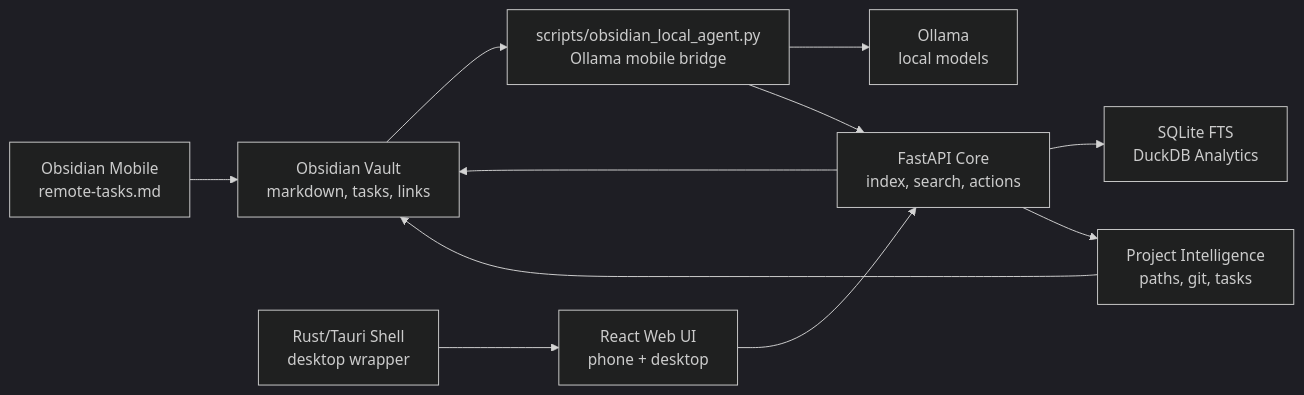
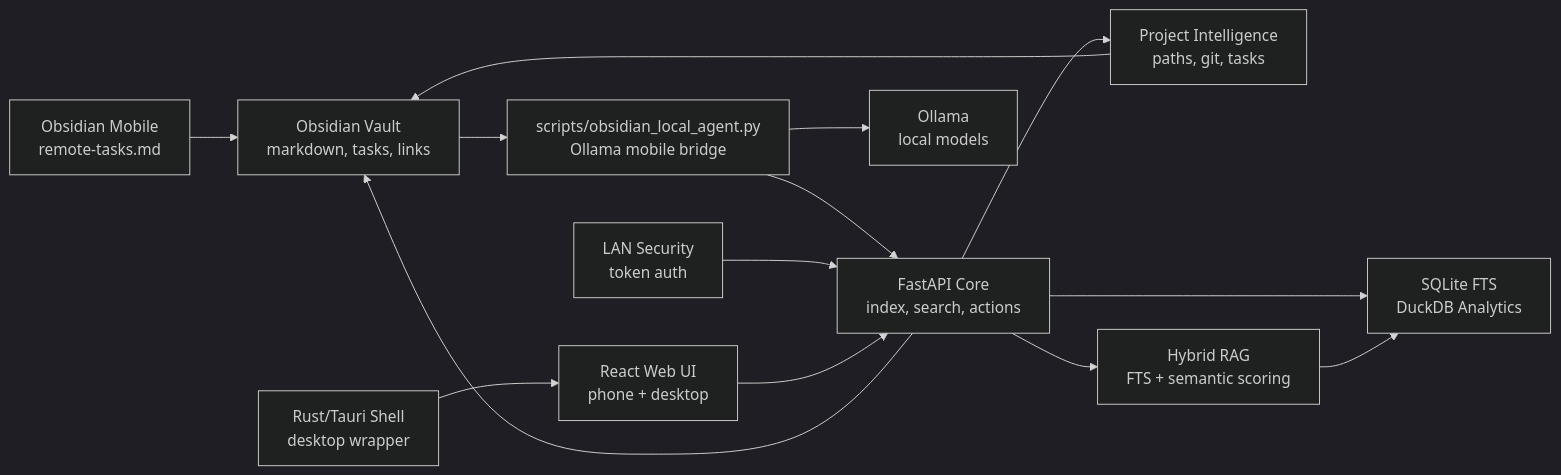
One commit to Just2Alim/AI-Absidian-assistent changed the diagram in docs/ARCHITECTURE.md. Above: the diagram before and after it, drawn with Mermaid (dark theme). The commit also changed other lines of this file and 16 other files, not shown here.

````diff
--- a/docs/ARCHITECTURE.md
+++ b/docs/ARCHITECTURE.md
@@ -22,23 +22,28 @@
 ```mermaid
 flowchart LR
     Mobile["Obsidian Mobile<br/>remote-tasks.md"]
     Vault["Obsidian Vault<br/>markdown, tasks, links"]
     Bridge["scripts/obsidian_local_agent.py<br/>Ollama mobile bridge"]
     API["FastAPI Core<br/>index, search, actions"]
     Projects["Project Intelligence<br/>paths, git, tasks"]
+    Security["LAN Security<br/>token auth"]
+    RAG["Hybrid RAG<br/>FTS + semantic scoring"]
     DB["SQLite FTS<br/>DuckDB Analytics"]
     UI["React Web UI<br/>phone + desktop"]
     Ollama["Ollama<br/>local models"]
     FutureShell["Rust/Tauri Shell<br/>desktop wrapper"]
 
     Mobile --> Vault
     Vault --> Bridge
     Bridge --> Ollama
     Bridge --> API
+    Security --> API
     API --> DB
     API --> Vault
     API --> Projects
+    API --> RAG
     Projects --> Vault
+    RAG --> DB
     UI --> API
     FutureShell --> UI
 ```
````
